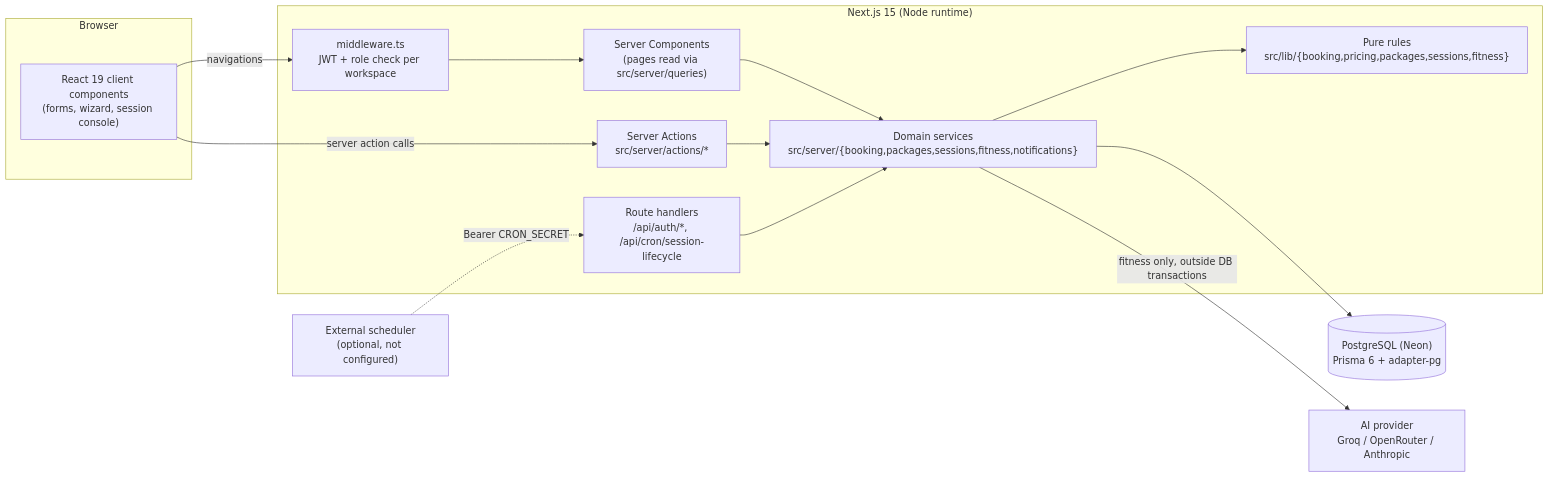
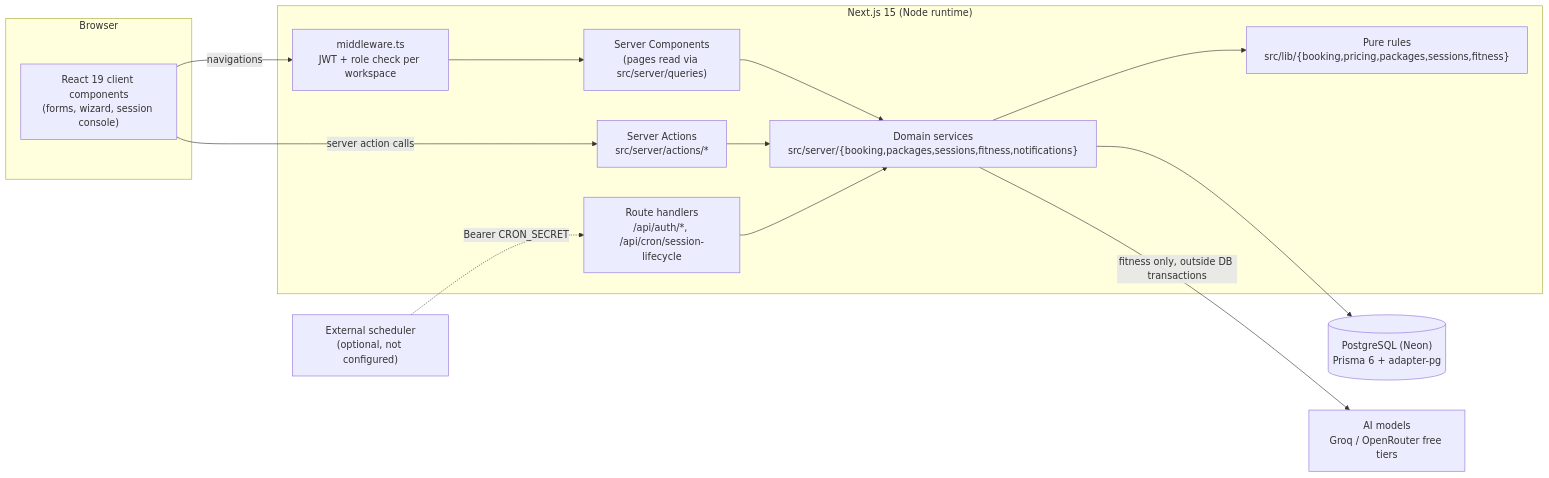
The first of 2 diagrams in docs/architecture.md (devhimanshuu/Zuryo), drawn with Mermaid before and after one commit. The commit also changed other lines of this file and 10 other files, not shown here.

````diff
--- a/docs/architecture.md
+++ b/docs/architecture.md
@@ -13,27 +13,27 @@
 ```mermaid
 flowchart LR
   subgraph Browser
     UI["React 19 client components<br/>(forms, wizard, session console)"]
   end
   subgraph "Next.js 15 (Node runtime)"
     MW["middleware.ts<br/>JWT + role check per workspace"]
     RSC["Server Components<br/>(pages read via src/server/queries)"]
     SA["Server Actions<br/>src/server/actions/*"]
     RH["Route handlers<br/>/api/auth/*, /api/cron/session-lifecycle"]
     SVC["Domain services<br/>src/server/{booking,packages,sessions,fitness,notifications}"]
     LIB["Pure rules<br/>src/lib/{booking,pricing,packages,sessions,fitness}"]
   end
   DB[("PostgreSQL (Neon)<br/>Prisma 6 + adapter-pg")]
-  AI["AI provider<br/>Groq / OpenRouter / Anthropic"]
+  AI["AI models<br/>Groq / OpenRouter free tiers"]
   SCHED["External scheduler<br/>(optional, not configured)"]
 
   UI -->|server action calls| SA
   UI -->|navigations| MW --> RSC
   RSC --> SVC
   SA --> SVC
   RH --> SVC
   SVC --> LIB
   SVC --> DB
   SVC -->|fitness only, outside DB transactions| AI
   SCHED -.->|Bearer CRON_SECRET| RH
 ```
````
